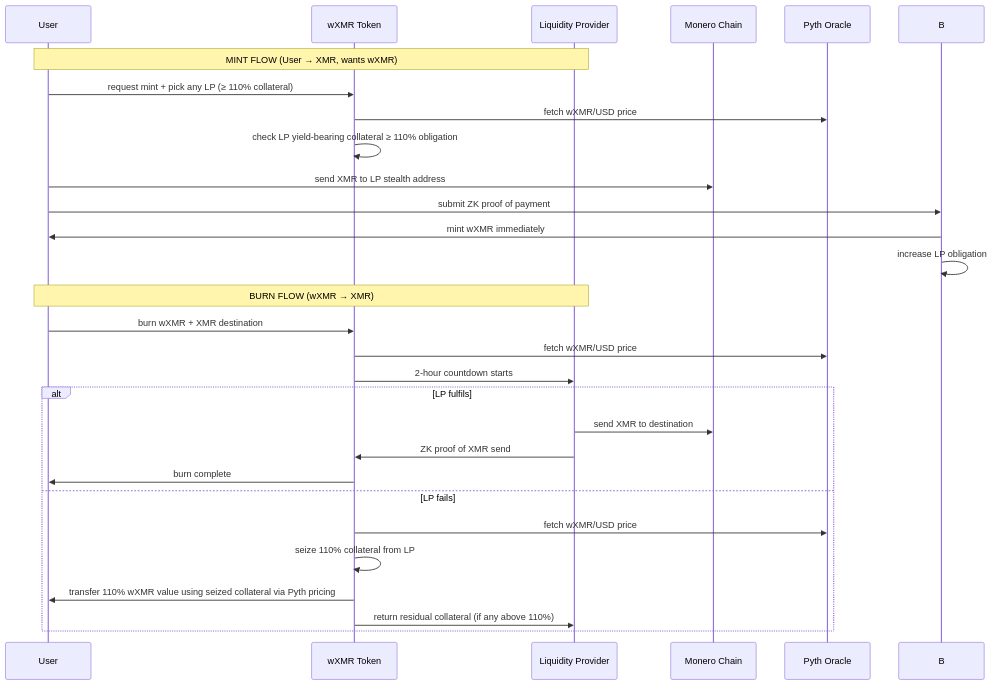
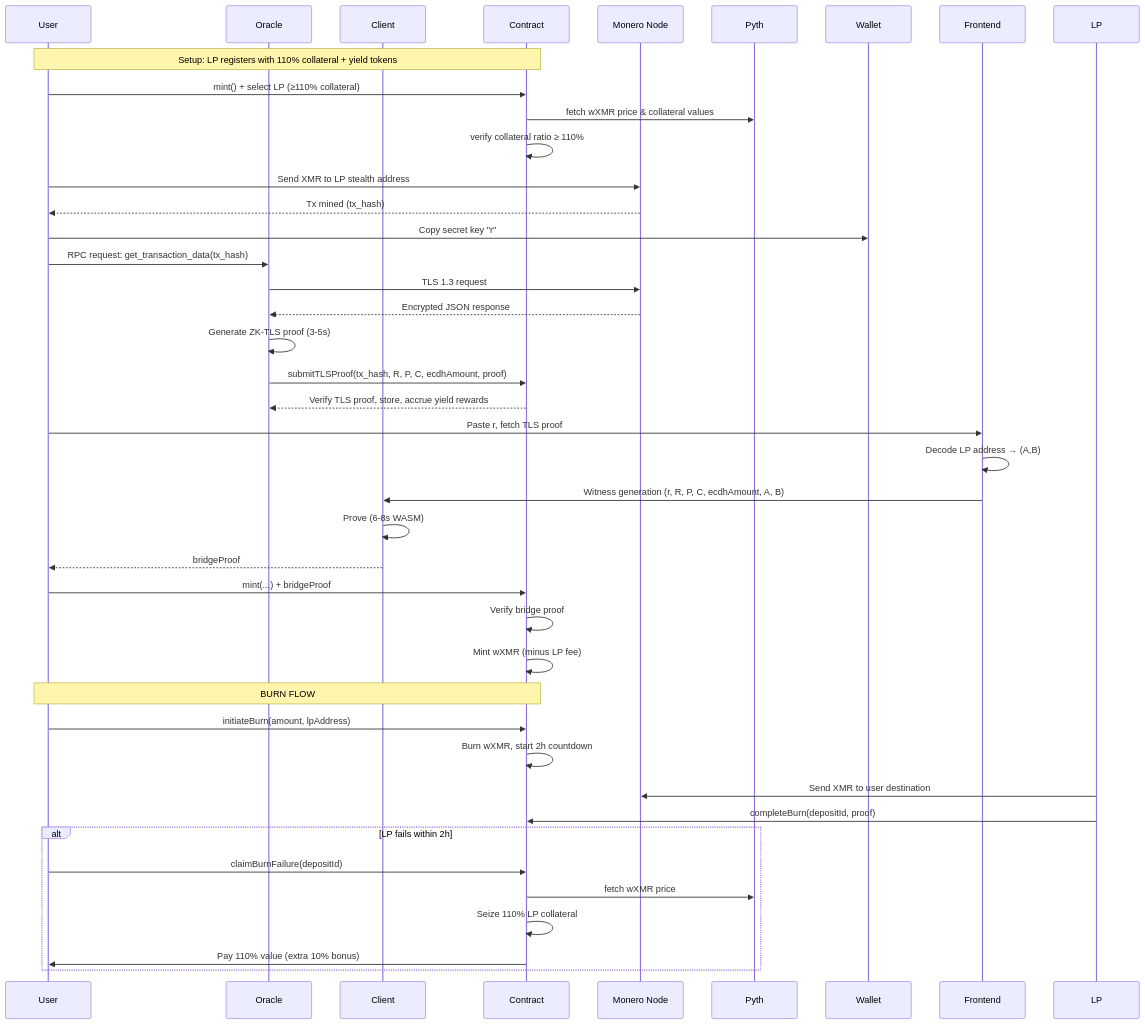
Before and after one commit to madschristensen99/fungerbil: the diagram in SYNTHWRAP.md, drawn with Mermaid. The commit also changed other lines of this file, not shown here.

````diff
--- a/SYNTHWRAP.md
+++ b/SYNTHWRAP.md
@@ -61,32 +588,49 @@
 ```mermaid
 sequenceDiagram
-  participant U as User
-  participant W as wXMR Token
-  participant L as Liquidity Provider  
-  participant X as Monero Chain
-  participant P as Pyth Oracle
+    participant User
+    participant Oracle
+    participant Client
+    participant Contract
+    participant Monero Node
+    participant Pyth
 
-  Note over U,L: MINT FLOW (User → XMR, wants wXMR)
-  U->>W: request mint + pick any LP (≥ 110% collateral)
-  W->>P: fetch wXMR/USD price  
-  W->>W: check LP yield-bearing collateral ≥ 110% obligation
-  U->>X: send XMR to LP stealth address
-  U->>B: submit ZK proof of payment
-  B->>U: mint wXMR immediately
-  B->>B: increase LP obligation
-
-  Note over U,L: BURN FLOW (wXMR → XMR)
-  U->>W: burn wXMR + XMR destination
-  W->>P: fetch wXMR/USD price
-  W->>L: 2-hour countdown starts
-  alt LP fulfils
-    L->>X: send XMR to destination
-    L->>W: ZK proof of XMR send
-    W->>U: burn complete
-  else LP fails
-    W->>P: fetch wXMR/USD price
-    W->>W: seize 110% collateral from LP
-    W->>U: transfer 110% wXMR value using seized collateral via Pyth pricing
-    W->>L: return residual collateral (if any above 110%)
-  end
+    Note over User,Contract: Setup: LP registers with 110% collateral + yield tokens
+    
+    User->>Contract: mint() + select LP (≥110% collateral)
+    Contract->>Pyth: fetch wXMR price & collateral values
+    Contract->>Contract: verify collateral ratio ≥ 110%
+    
+    User->>Monero Node: Send XMR to LP stealth address
+    Monero Node-->>User: Tx mined (tx_hash)
+    User->>Wallet: Copy secret key "r"
+    
+    User->>Oracle: RPC request: get_transaction_data(tx_hash)
+    Oracle->>Monero Node: TLS 1.3 request
+    Monero Node-->>Oracle: Encrypted JSON response
+    Oracle->>Oracle: Generate ZK-TLS proof (3-5s)
+    Oracle->>Contract: submitTLSProof(tx_hash, R, P, C, ecdhAmount, proof)
+    Contract-->>Oracle: Verify TLS proof, store, accrue yield rewards
+    
+    User->>Frontend: Paste r, fetch TLS proof
+    Frontend->>Frontend: Decode LP address → (A,B)
+    Frontend->>Client: Witness generation (r, R, P, C, ecdhAmount, A, B)
+    Client->>Client: Prove (6-8s WASM)
+    Client-->>User: bridgeProof
+    
+    User->>Contract: mint(...) + bridgeProof
+    Contract->>Contract: Verify bridge proof
+    Contract->>Contract: Mint wXMR (minus LP fee)
+    
+    Note over User,Contract: BURN FLOW
+    
+    User->>Contract: initiateBurn(amount, lpAddress)
+    Contract->>Contract: Burn wXMR, start 2h countdown
+    LP->>Monero Node: Send XMR to user destination
+    LP->>Contract: completeBurn(depositId, proof)
+    alt LP fails within 2h
+        User->>Contract: claimBurnFailure(depositId)
+        Contract->>Pyth: fetch wXMR price
+        Contract->>Contract: Seize 110% LP collateral
+        Contract->>User: Pay 110% value (extra 10% bonus)
+    end
 ```
````
